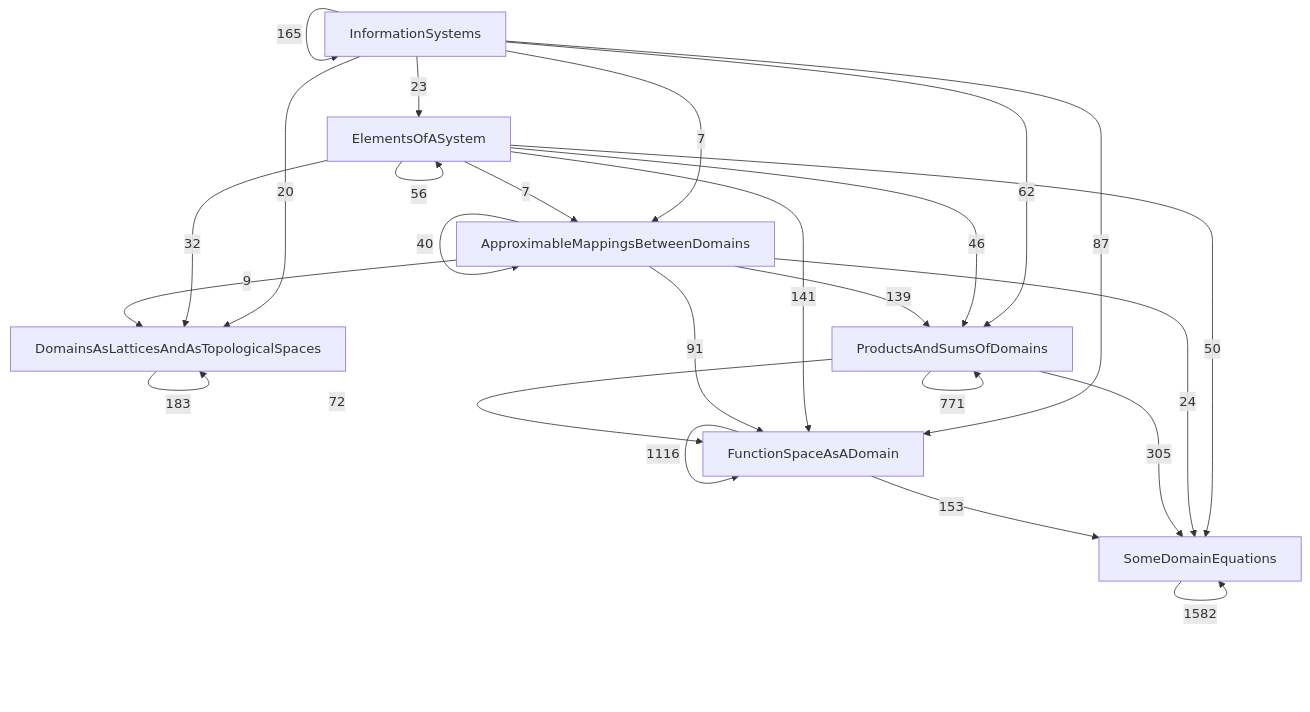
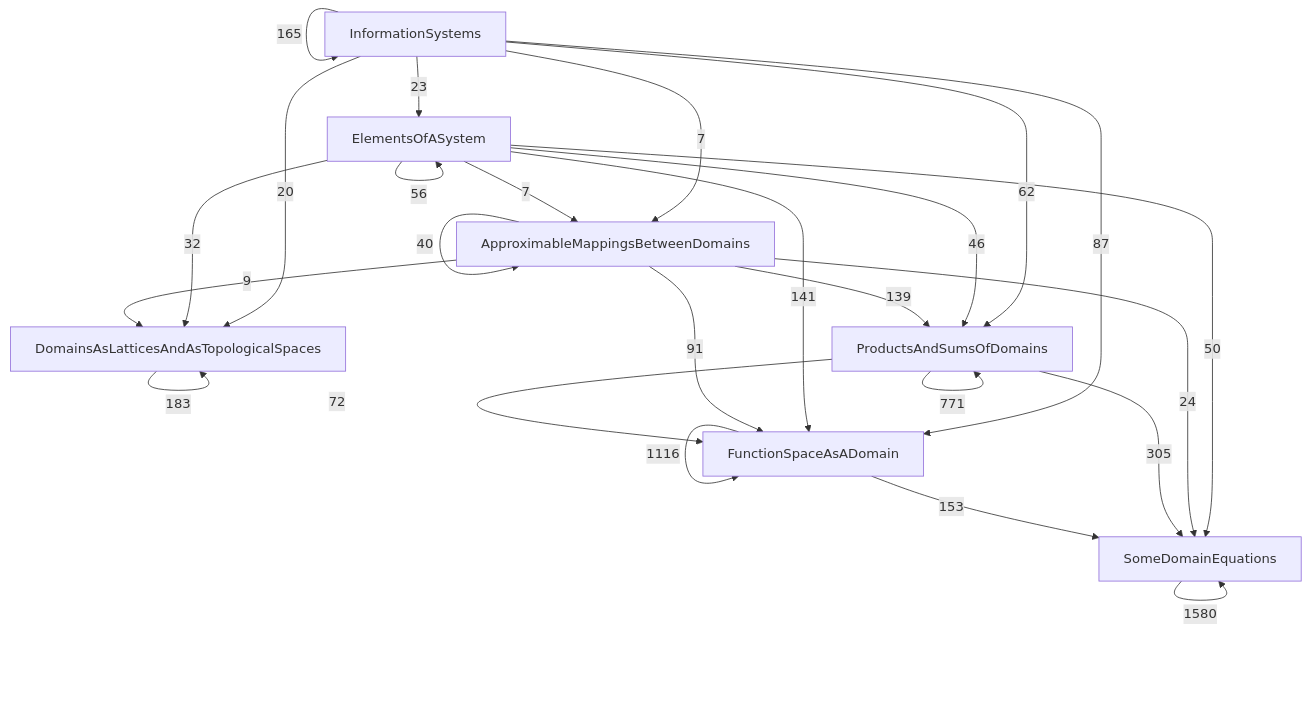
One commit to catskillsresearch/DomainTheory changed the diagram in DomainTheory/1982_InformationSystems.mermaid. Above: the diagram before and after it, drawn with Mermaid. The commit also changed 11 other files, not shown here.

```diff
--- a/DomainTheory/1982_InformationSystems.mermaid
+++ b/DomainTheory/1982_InformationSystems.mermaid
@@ -1,44 +1,44 @@
 %% Each box is one folder under InformationSystems.
 %% The arrowhead points at the folder that imports. The label is how many direct imports.
 flowchart TB
 
   N2["ApproximableMappingsBetweenDomains"]
   N3["DomainsAsLatticesAndAsTopologicalSpaces"]
   N1["ElementsOfASystem"]
   N5["FunctionSpaceAsADomain"]
   N0["InformationSystems"]
   N4["ProductsAndSumsOfDomains"]
   N6["SomeDomainEquations"]
 
   N0 -->|"165"| N0
   N0 -->|"23"| N1
   N1 -->|"56"| N1
   N0 -->|"7"| N2
   N1 -->|"7"| N2
   N2 -->|"40"| N2
   N0 -->|"20"| N3
   N1 -->|"32"| N3
   N2 -->|"9"| N3
   N3 -->|"183"| N3
   N0 -->|"62"| N4
   N1 -->|"46"| N4
   N2 -->|"139"| N4
   N4 -->|"771"| N4
   N0 -->|"87"| N5
   N1 -->|"141"| N5
   N2 -->|"91"| N5
   N4 -->|"72"| N5
   N5 -->|"1116"| N5
   N1 -->|"50"| N6
   N2 -->|"24"| N6
   N4 -->|"305"| N6
   N5 -->|"153"| N6
-  N6 -->|"1582"| N6
+  N6 -->|"1580"| N6
 
   classDef c0 fill:#dbeafe,stroke:#1d4ed8,color:#1e3a8a
   classDef c1 fill:#dcfce7,stroke:#15803d,color:#14532d
   classDef c2 fill:#fef3c7,stroke:#b45309,color:#78350f
   classDef c3 fill:#fce7f3,stroke:#be185d,color:#831843
   classDef c4 fill:#fee2e2,stroke:#b91c1c,color:#7f1d1d
   classDef c5 fill:#e0e7ff,stroke:#4338ca,color:#312e81
   classDef c6 fill:#cffafe,stroke:#0e7490,color:#164e63
```
